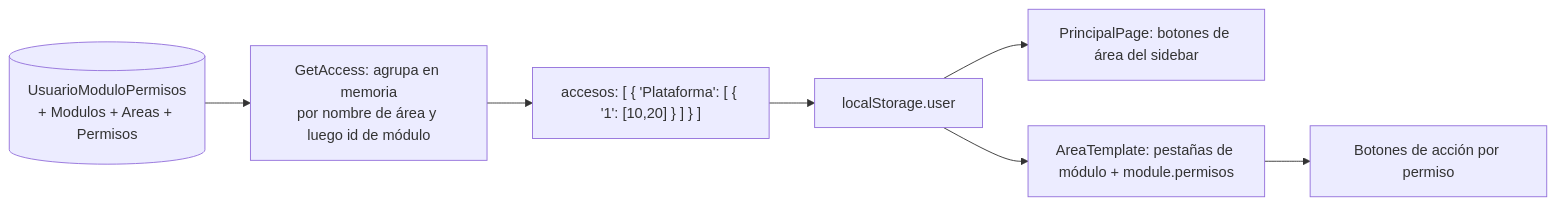
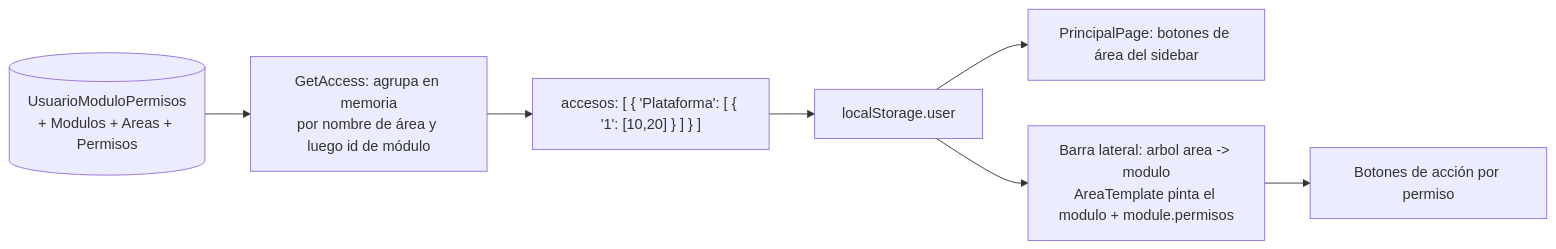
One commit to KillahBlitz/hospitalInfantil changed the sixth of 8 diagrams in Docs/architecture-overview.md. Above: the diagram before and after it, drawn with Mermaid. The commit also changed other lines of this file and 6 other files, not shown here.

````diff
--- a/Docs/architecture-overview.md
+++ b/Docs/architecture-overview.md
@@ -160,10 +160,10 @@
 ```mermaid
 flowchart LR
     SQL[("UsuarioModuloPermisos<br/>+ Modulos + Areas + Permisos")]
     SQL --> GA["GetAccess: agrupa en memoria<br/>por nombre de área y luego id de módulo"]
     GA --> JSON["accesos: [ { 'Plataforma': [ { '1': [10,20] } ] } ]"]
     JSON --> LS["localStorage.user"]
     LS --> NAV["PrincipalPage: botones de área del sidebar"]
-    LS --> TABS["AreaTemplate: pestañas de módulo + module.permisos"]
+    LS --> TABS["Barra lateral: arbol area -> modulo<br/>AreaTemplate pinta el modulo + module.permisos"]
     TABS --> BTN["Botones de acción por permiso"]
 ```
````
